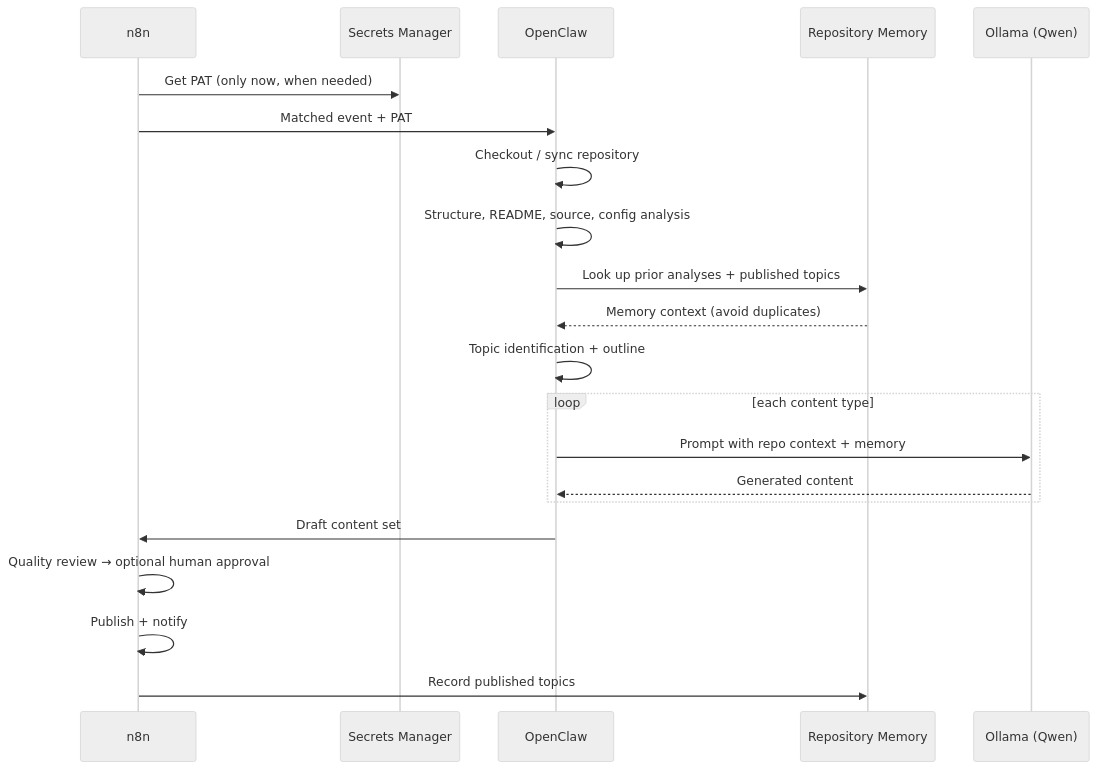
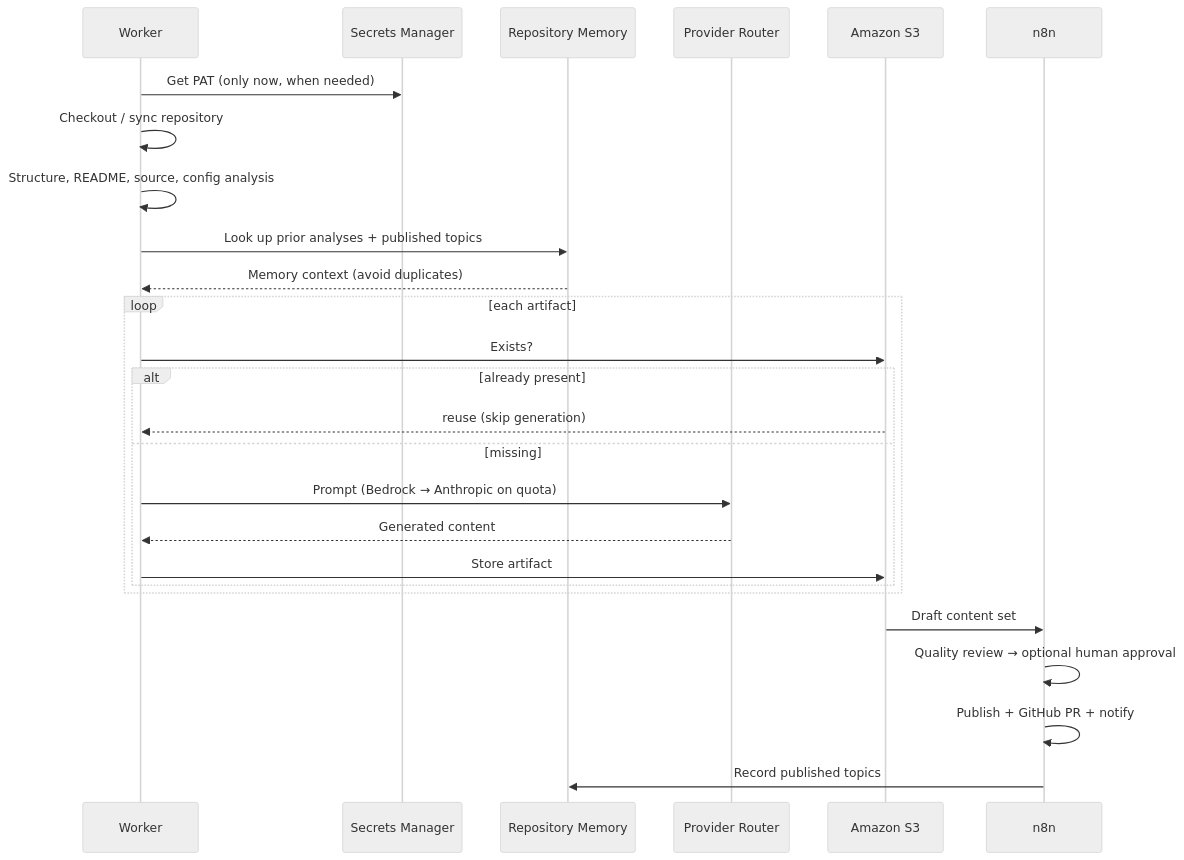
One commit to teddynted/ai-github-repository-blog-generator changed the sixth of 8 diagrams in docs/architecture.md. Above: the diagram before and after it, drawn with Mermaid (neutral theme). The commit also changed other lines of this file, not shown here.

First line of the commit message:
docs(architecture): rewrite for /process → Step Functions → Provider Router (Stage D)

````diff
--- a/docs/architecture.md
+++ b/docs/architecture.md
@@ -236,24 +239,29 @@
 ```mermaid
 sequenceDiagram
+    participant WK as Worker
+    participant SM as Secrets Manager
+    participant M as Repository Memory
+    participant RTR as Provider Router
+    participant S3 as Amazon S3
     participant N as n8n
-    participant SM as Secrets Manager
-    participant OC as OpenClaw
-    participant M as Repository Memory
-    participant OL as Ollama (Qwen)
 
-    N->>SM: Get PAT (only now, when needed)
-    N->>OC: Matched event + PAT
-    OC->>OC: Checkout / sync repository
-    OC->>OC: Structure, README, source, config analysis
-    OC->>M: Look up prior analyses + published topics
-    M-->>OC: Memory context (avoid duplicates)
-    OC->>OC: Topic identification + outline
-    loop each content type
-        OC->>OL: Prompt with repo context + memory
-        OL-->>OC: Generated content
+    WK->>SM: Get PAT (only now, when needed)
+    WK->>WK: Checkout / sync repository
+    WK->>WK: Structure, README, source, config analysis
+    WK->>M: Look up prior analyses + published topics
+    M-->>WK: Memory context (avoid duplicates)
+    loop each artifact
+        WK->>S3: Exists?
+        alt already present
+            S3-->>WK: reuse (skip generation)
+        else missing
+            WK->>RTR: Prompt (Bedrock → Anthropic on quota)
+            RTR-->>WK: Generated content
+            WK->>S3: Store artifact
+        end
     end
-    OC->>N: Draft content set
+    S3->>N: Draft content set
     N->>N: Quality review → optional human approval
-    N->>N: Publish + notify
+    N->>N: Publish + GitHub PR + notify
     N->>M: Record published topics
 ```
````
